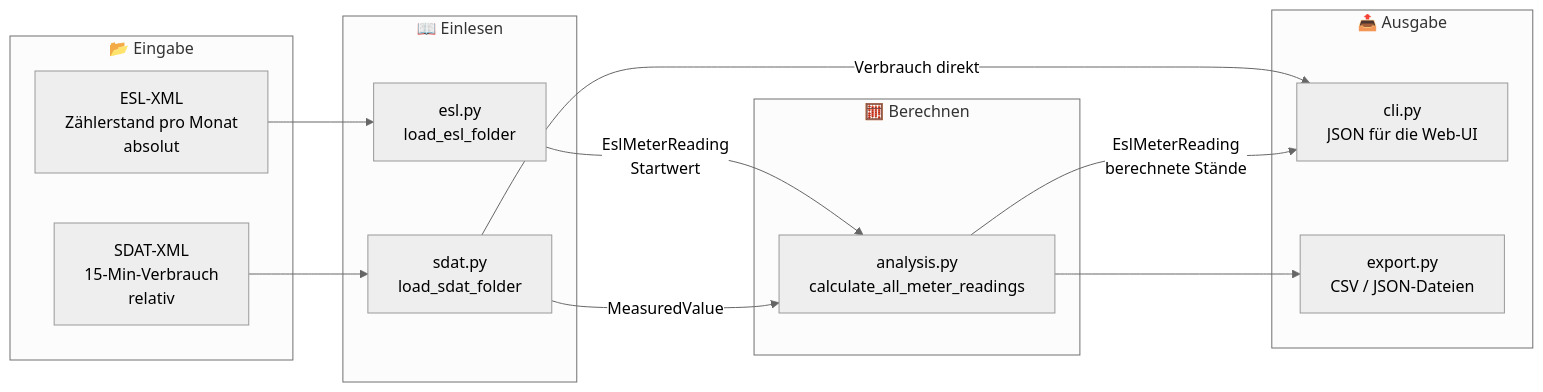
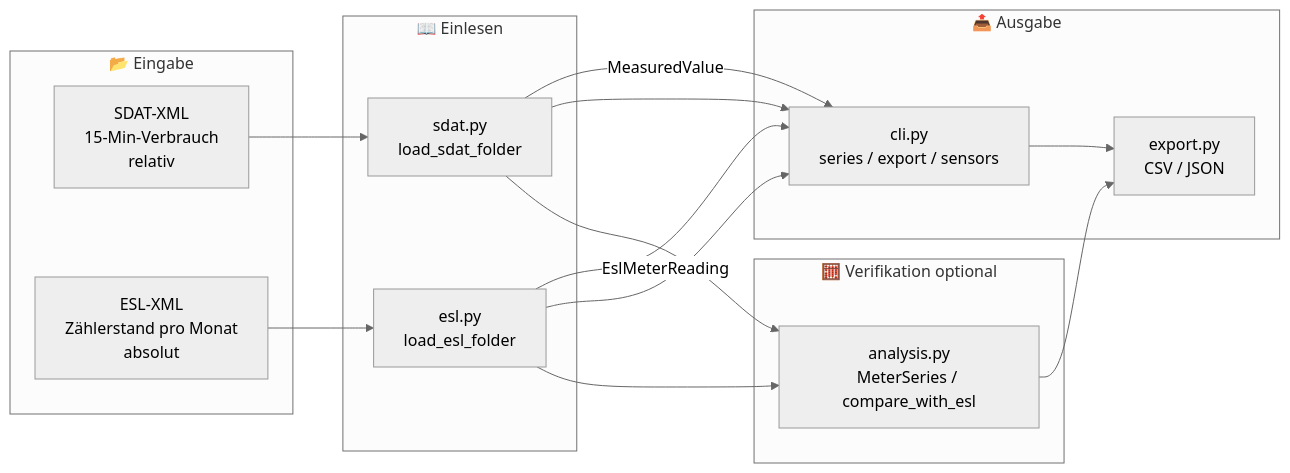
The first of 13 diagrams in PYTHON.md (im24b-seminaral/volt-trace), drawn with Mermaid (neutral theme) before and after one commit. The commit also changed other lines of this file and 4 other files, not shown here.

````diff
--- a/PYTHON.md
+++ b/PYTHON.md
@@ -59,27 +68,30 @@
 ```mermaid
 flowchart LR
     subgraph Eingabe["📂 Eingabe"]
         S["SDAT-XML<br/>15-Min-Verbrauch<br/>relativ"]
         E["ESL-XML<br/>Zählerstand pro Monat<br/>absolut"]
     end
 
     subgraph Einlesen["📖 Einlesen"]
         SP["sdat.py<br/>load_sdat_folder"]
         EP["esl.py<br/>load_esl_folder"]
     end
 
-    subgraph Rechnen["🧮 Berechnen"]
-        A["analysis.py<br/>calculate_all_meter_readings"]
+    subgraph Verifikation["🧮 Verifikation optional"]
+        A["analysis.py<br/>MeterSeries / compare_with_esl"]
     end
 
     subgraph Ausgabe["📤 Ausgabe"]
-        C["cli.py<br/>JSON für die Web-UI"]
-        X["export.py<br/>CSV / JSON-Dateien"]
+        C["cli.py<br/>series / export / sensors"]
+        X["export.py<br/>CSV / JSON"]
     end
 
-    S --> SP -->|"MeasuredValue"| A
-    E --> EP -->|"EslMeterReading<br/>Startwert"| A
-    A -->|"EslMeterReading<br/>berechnete Stände"| C
+    S --> SP -->|"MeasuredValue"| C
+    E --> EP -->|"EslMeterReading"| C
+    SP --> C
+    EP --> C
+    SP --> A
+    EP --> A
+    C --> X
     A --> X
-    SP -->|"Verbrauch direkt"| C
 ```
````
